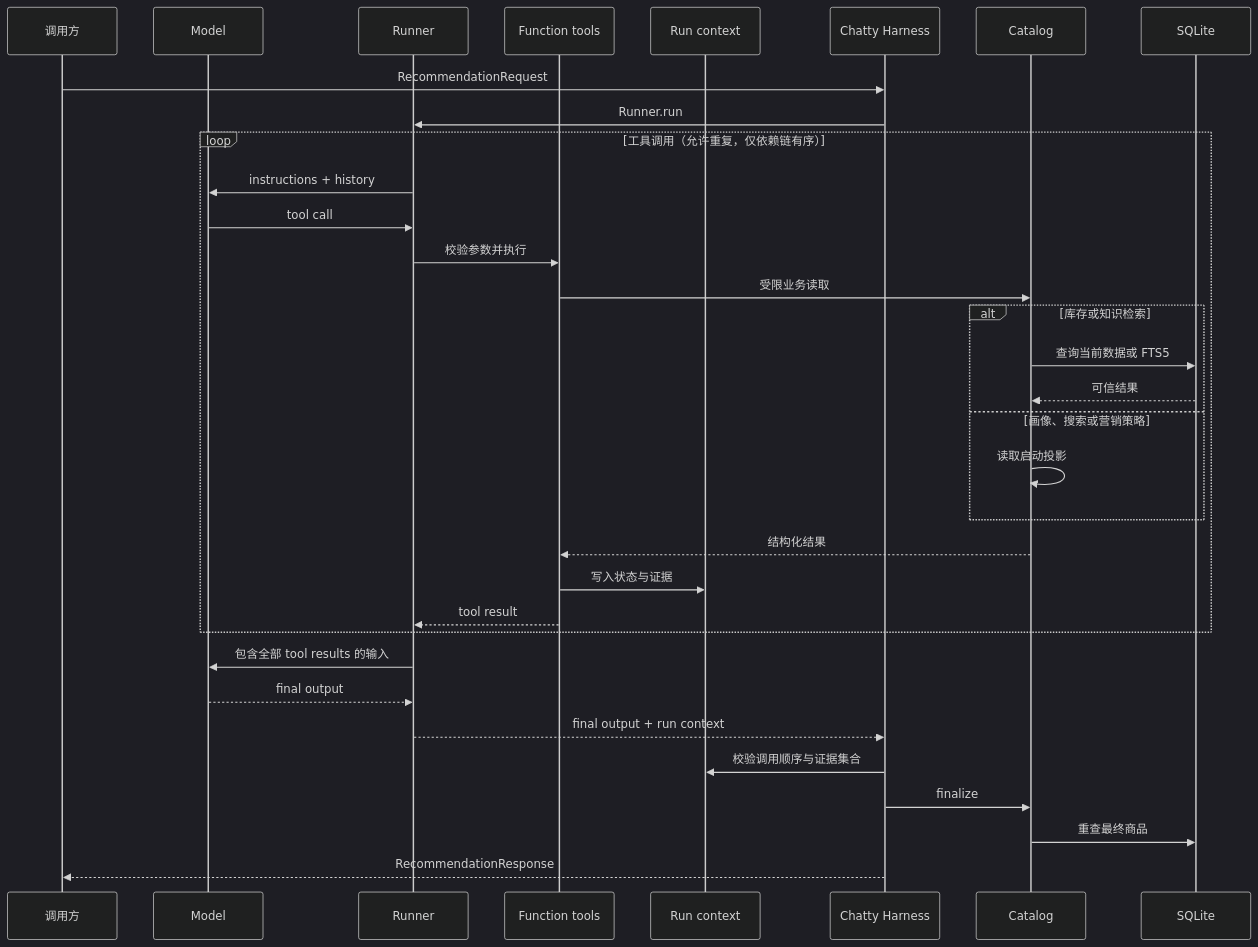
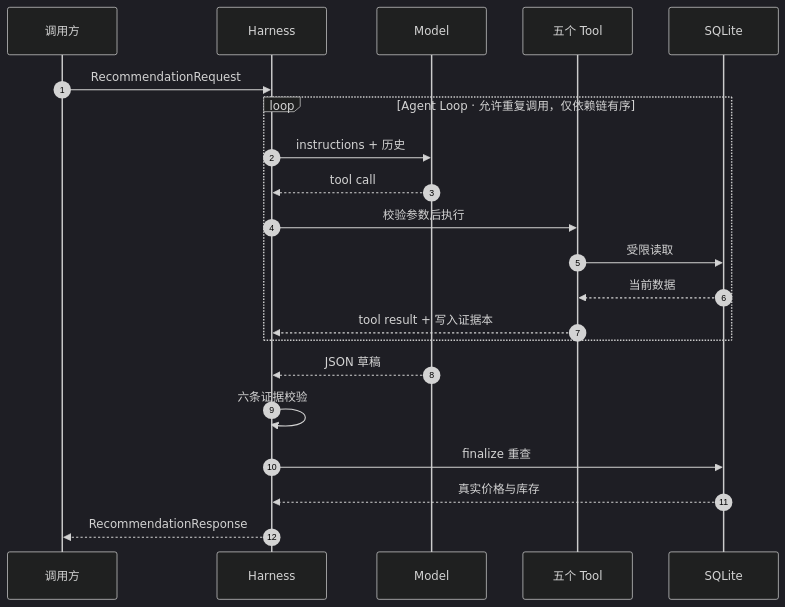
The first of 4 diagrams in docs/architecture.md (ImWenyaoT/chatty), drawn with Mermaid (dark theme) before and after one commit. The commit also changed other lines of this file and 1 other file, not shown here.

Commit message:
docs: 重做五张 mermaid 图，补 data 目录说明
图
- README 主图：原来五个工具各拉一条线汇到 Run context，五线交叉看不清。
  改成 subgraph 收拢，并把「校验不过就明确失败」这条分支画出来——
  那是这个项目的重点，原图里没有
- architecture 时序图：八个 participant 在窄屏挤成一团，压到五个
  （调用方、Harness、Model、Tool、SQLite），Runner 与 Catalog 这类
  实现细节退到文字里说
- 数据流图：还写着「首次启动或指纹变化」，而指纹校验几个提交前已经
  删掉了，改成「启动时在单个事务内导入」
- 检索流程图：六个节点横排会撑出横向滚动条，合并成四个，细节用 <br/>
  放进节点内
- 输出边界图：补上「六条」和具体的集合关系，与正文表述一致

data 目录
README 的项目结构原先只有一行「JSON、JSONL 可读种子」，现在逐个列出
六份种子各是什么、多少条、干什么用的。

````diff
--- a/docs/architecture.md
+++ b/docs/architecture.md
@@ -9,35 +9,24 @@
 ```mermaid
 sequenceDiagram
-    participant CALLER as 调用方
+    autonumber
+    participant U as 调用方
+    participant H as Harness
     participant M as Model
-    participant R as Runner
-    participant T as Function tools
-    participant C as Run context
-    participant H as Chatty Harness
-    participant CAT as Catalog
+    participant T as 五个 Tool
     participant DB as SQLite
-    CALLER->>H: RecommendationRequest
-    H->>R: Runner.run
-    loop 工具调用（允许重复，仅依赖链有序）
-        R->>M: instructions + history
-        M->>R: tool call
-        R->>T: 校验参数并执行
-        T->>CAT: 受限业务读取
-        alt 库存或知识检索
-            CAT->>DB: 查询当前数据或 FTS5
-            DB-->>CAT: 可信结果
-        else 画像、搜索或营销策略
-            CAT->>CAT: 读取启动投影
-        end
-        CAT-->>T: 结构化结果
-        T->>C: 写入状态与证据
-        T-->>R: tool result
+
+    U->>H: RecommendationRequest
+    loop Agent Loop · 允许重复调用，仅依赖链有序
+        H->>M: instructions + 历史
+        M-->>H: tool call
+        H->>T: 校验参数后执行
+        T->>DB: 受限读取
+        DB-->>T: 当前数据
+        T-->>H: tool result + 写入证据本
     end
-    R->>M: 包含全部 tool results 的输入
-    M-->>R: final output
-    R-->>H: final output + run context
-    H->>C: 校验调用顺序与证据集合
-    H->>CAT: finalize
-    CAT->>DB: 重查最终商品
-    H-->>CALLER: RecommendationResponse
+    M-->>H: JSON 草稿
+    H->>H: 六条证据校验
+    H->>DB: finalize 重查
+    DB-->>H: 真实价格与库存
+    H-->>U: RecommendationResponse
 ```
````
